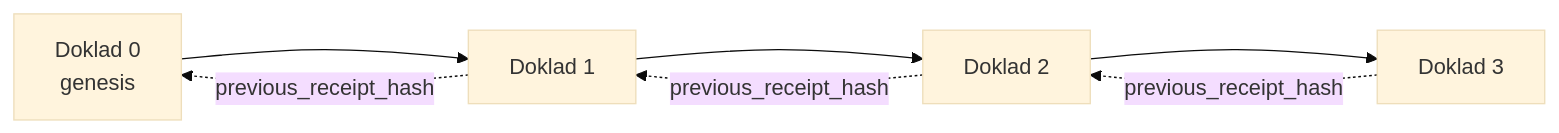
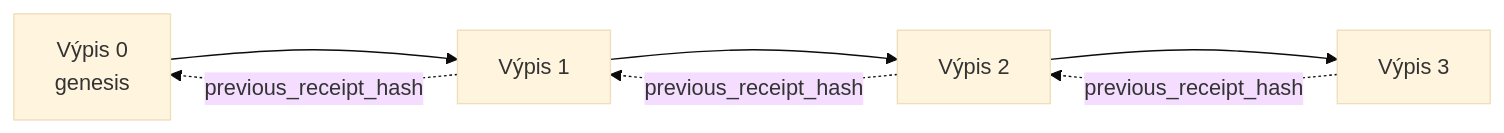
The second of 2 diagrams in mirrors/repos/microsoft@ai-agents-for-beginners/translations/cs/18-securing-ai-agents/README.md (gabrielmoreira/agent-skills-mirror), drawn with Mermaid (base theme) before and after one commit. The commit also changed other lines of this file and 4262 other files, not shown here.

````diff
--- a/mirrors/repos/microsoft@ai-agents-for-beginners/translations/cs/18-securing-ai-agents/README.md
+++ b/mirrors/repos/microsoft@ai-agents-for-beginners/translations/cs/18-securing-ai-agents/README.md
@@ -206,9 +203,9 @@
 ```mermaid
 flowchart LR
-    R0[Doklad 0<br/>genesis] --> R1[Doklad 1]
-    R1 --> R2[Doklad 2]
-    R2 --> R3[Doklad 3]
+    R0[Výpis 0<br/>genesis] --> R1[Výpis 1]
+    R1 --> R2[Výpis 2]
+    R2 --> R3[Výpis 3]
     R1 -. previous_receipt_hash .-> R0
     R2 -. previous_receipt_hash .-> R1
     R3 -. previous_receipt_hash .-> R2
 ```
````
